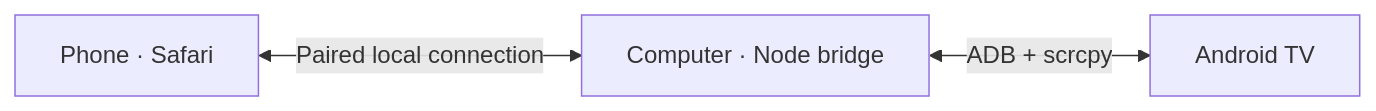
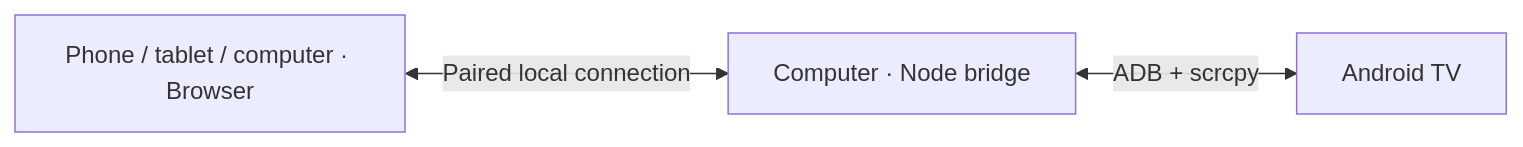
The diagram in README.md (godopetza/living-room-remote), drawn with Mermaid before and after one commit. The commit also changed other lines of this file and 2 other files, not shown here.

Commit message:
Show browser device support and illustrate touch interaction

````diff
--- a/README.md
+++ b/README.md
@@ -30,5 +36,5 @@
 ```mermaid
 flowchart LR
-    Phone[Phone · Safari] <-->|Paired local connection| Computer[Computer · Node bridge]
+    Phone[Phone / tablet / computer · Browser] <-->|Paired local connection| Computer[Computer · Node bridge]
     Computer <-->|ADB + scrcpy| TV[Android TV]
 ```
````
